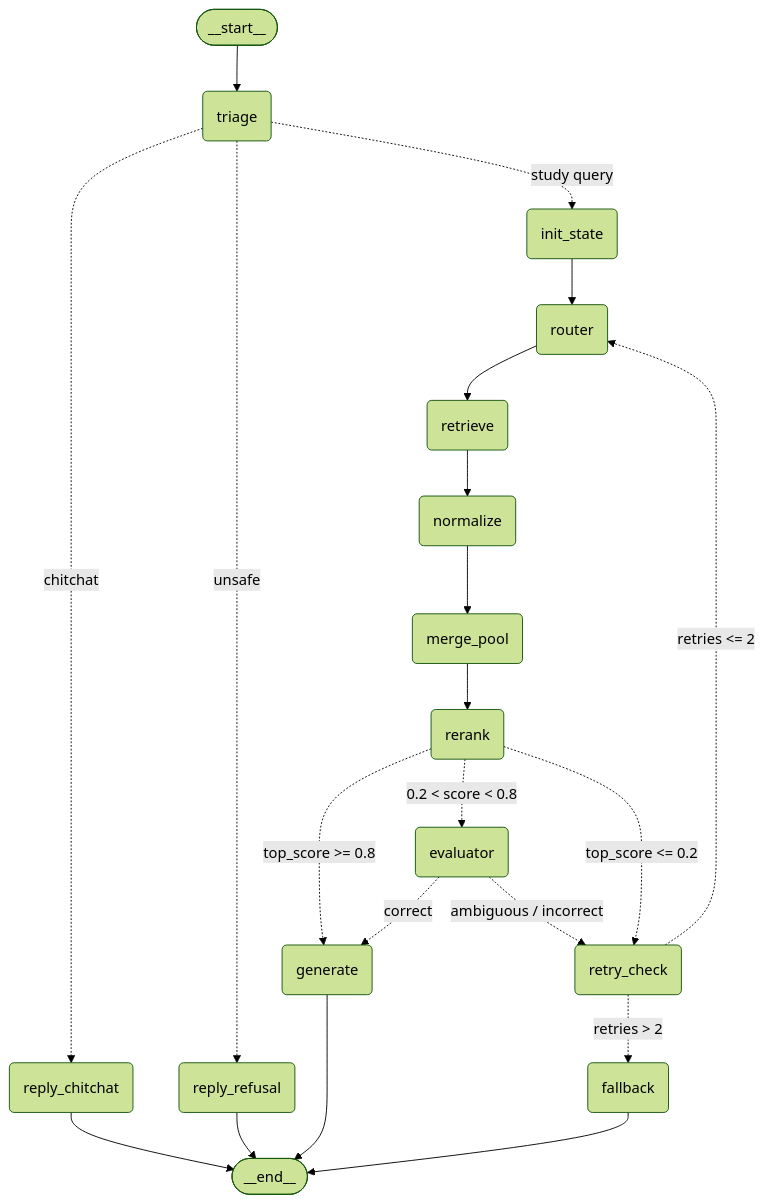
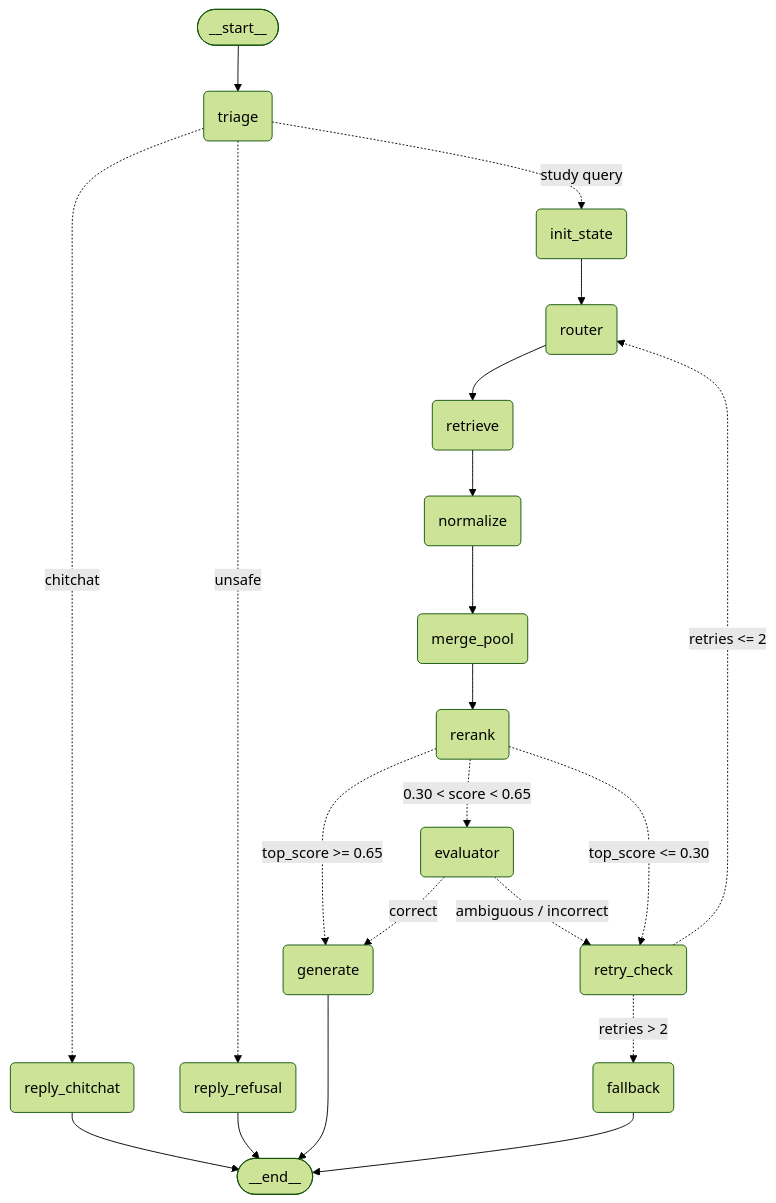
Before and after one commit to Hamdy005/Study-Buddy: the diagram in src/rag/documentation.md, drawn with Mermaid (forest theme). The commit also changed other lines of this file and 37 other files, not shown here.

````diff
--- a/src/rag/documentation.md
+++ b/src/rag/documentation.md
@@ -20,39 +20,39 @@
 ```mermaid
 graph TD;
 	__start__([__start__])
 	triage(triage)
 	reply_chitchat(reply_chitchat)
 	reply_refusal(reply_refusal)
 	init_state(init_state)
 	router(router)
 	retrieve(retrieve)
 	normalize(normalize)
 	merge_pool(merge_pool)
 	rerank(rerank)
 	evaluator(evaluator)
 	retry_check(retry_check)
 	generate(generate)
 	fallback(fallback)
 	__end__([__end__])
 
 	__start__ --> triage;
 	triage -.->|chitchat| reply_chitchat;
 	triage -.->|unsafe| reply_refusal;
 	triage -.->|study query| init_state;
 	reply_chitchat --> __end__;
 	reply_refusal --> __end__;
 	init_state --> router;
 	router --> retrieve;
 	retrieve --> normalize;
 	normalize --> merge_pool;
 	merge_pool --> rerank;
-	rerank -.->|top_score >= 0.8| generate;
-	rerank -.->|0.2 < score < 0.8| evaluator;
-	rerank -.->|top_score <= 0.2| retry_check;
+	rerank -.->|top_score >= 0.65| generate;
+	rerank -.->|0.30 < score < 0.65| evaluator;
+	rerank -.->|top_score <= 0.30| retry_check;
 	evaluator -.->|correct| generate;
 	evaluator -.->|ambiguous / incorrect| retry_check;
 	retry_check -.->|retries <= 2| router;
 	retry_check -.->|retries > 2| fallback;
 	generate --> __end__;
 	fallback --> __end__;
 ```
````
